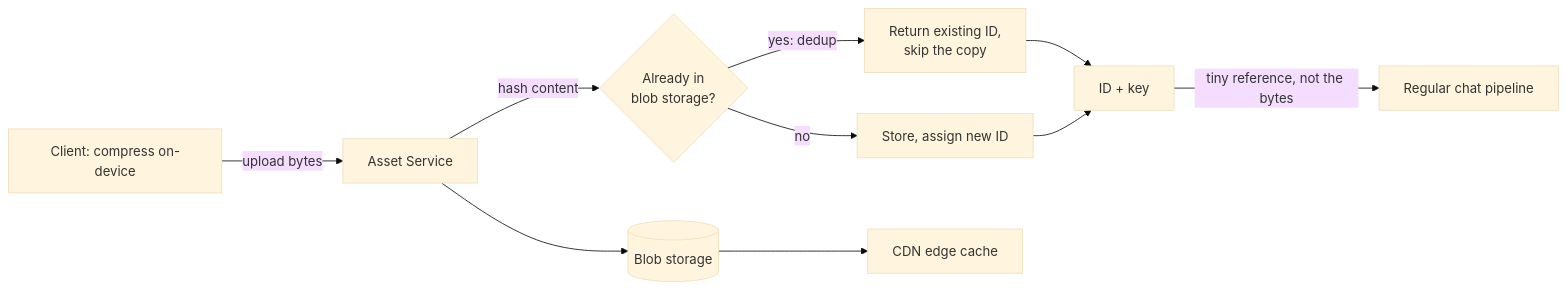
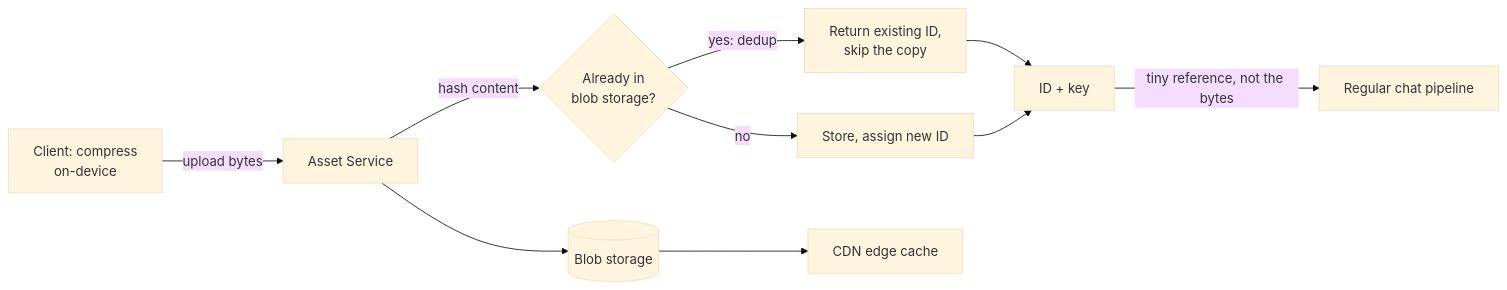
One commit to riyaz-pasha/Learnings changed diagram 13 of 19 in system-design/HLD/0-course/36-WhatsApp-FAANG-Guide-story.md. Above: the diagram before and after it, drawn with Mermaid (base theme). The commit also changed other lines of this file and 5 other files, not shown here.

Commit message:
[REWRITE] Design Newsfeed story guide: simplify prose, add structure, fix diagrams

````diff
--- a/system-design/HLD/0-course/36-WhatsApp-FAANG-Guide-story.md
+++ b/system-design/HLD/0-course/36-WhatsApp-FAANG-Guide-story.md
@@ -291,11 +591,11 @@
 ```mermaid
 flowchart LR
-    A[Client: compress on-device] -->|upload bytes| ASSET[Asset Service]
-    ASSET -->|hash content| H{Already in<br/>blob storage?}
-    H -->|yes: dedup| SKIP[Return existing ID,<br/>skip the copy]
-    H -->|no| STORE[Store, assign new ID]
-    SKIP --> ID[ID + key]
+    A["Client: compress<br/>on-device"] -->|upload bytes| ASSET["Asset Service"]
+    ASSET -->|hash content| H{"Already in<br/>blob storage?"}
+    H -->|yes: dedup| SKIP["Return existing ID,<br/>skip the copy"]
+    H -->|no| STORE["Store, assign new ID"]
+    SKIP --> ID["ID + key"]
     STORE --> ID
-    ID -->|"tiny reference, not the bytes"| MSG[Regular chat pipeline]
-    ASSET --> BLOB[(Blob storage)] --> CDN[CDN edge cache]
+    ID -->|"tiny reference, not the bytes"| MSG["Regular chat pipeline"]
+    ASSET --> BLOB[("Blob storage")] --> CDN["CDN edge cache"]
 ```
````
